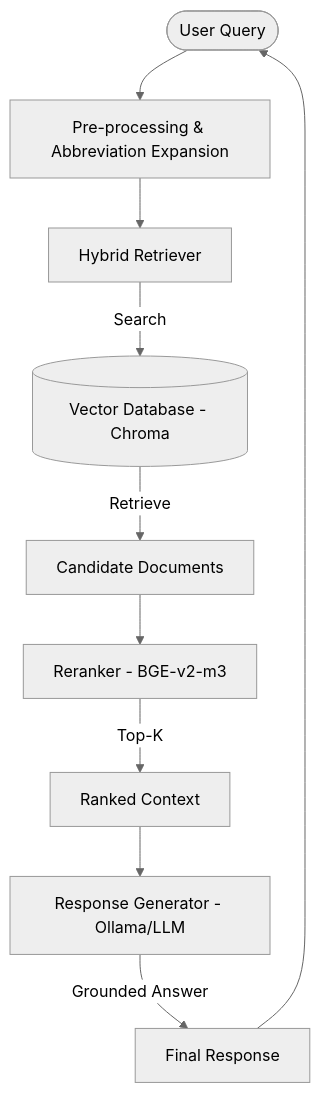
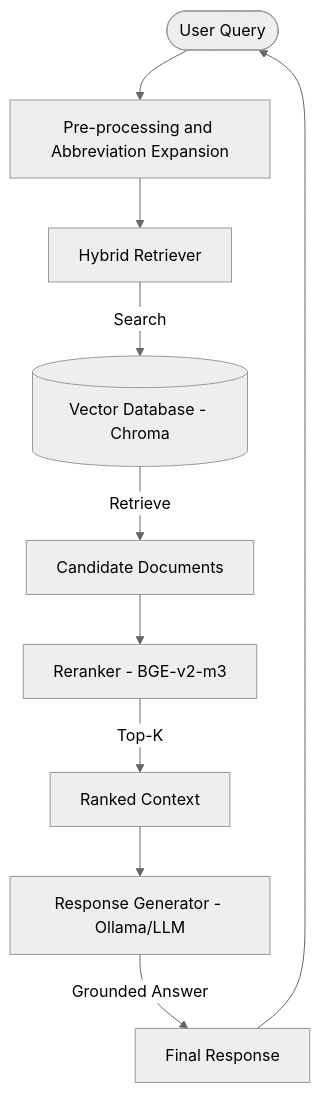
One commit to DiamondHoang/University-academic-regulations-rag changed the diagram in README.md. Above: the diagram before and after it, drawn with Mermaid (neutral theme). The commit also changed other lines of this file, not shown here.

````diff
--- a/README.md
+++ b/README.md
@@ -24,12 +24,12 @@
 ```mermaid
 graph TD
-    User([User Query]) --> Pre[Pre-processing & Abbreviation Expansion]
+    User([User Query]) --> Pre[Pre-processing and Abbreviation Expansion]
     Pre --> Ret[Hybrid Retriever]
     Ret -->|Search| VDB[(Vector Database - Chroma)]
     VDB -->|Retrieve| Docs[Candidate Documents]
     Docs --> RR[Reranker - BGE-v2-m3]
     RR -->|Top-K| Context[Ranked Context]
     Context --> Gen[Response Generator - Ollama/LLM]
     Gen -->|Grounded Answer| Ans[Final Response]
     Ans --> User
 ```
````
